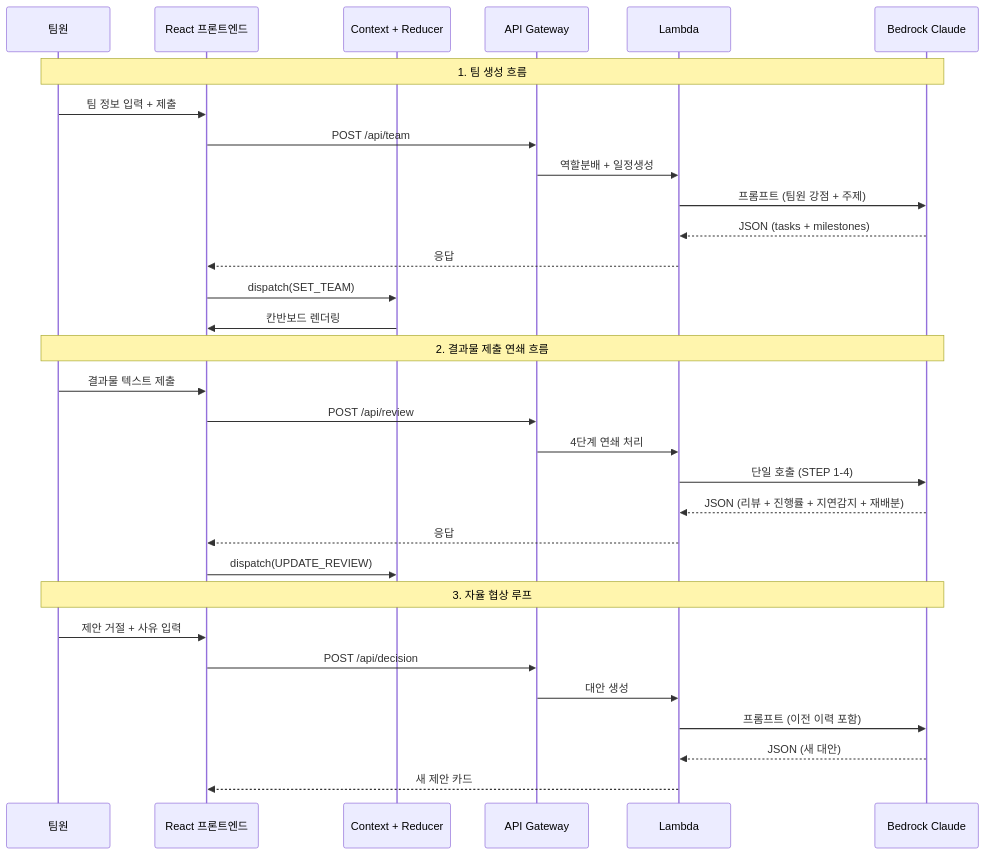
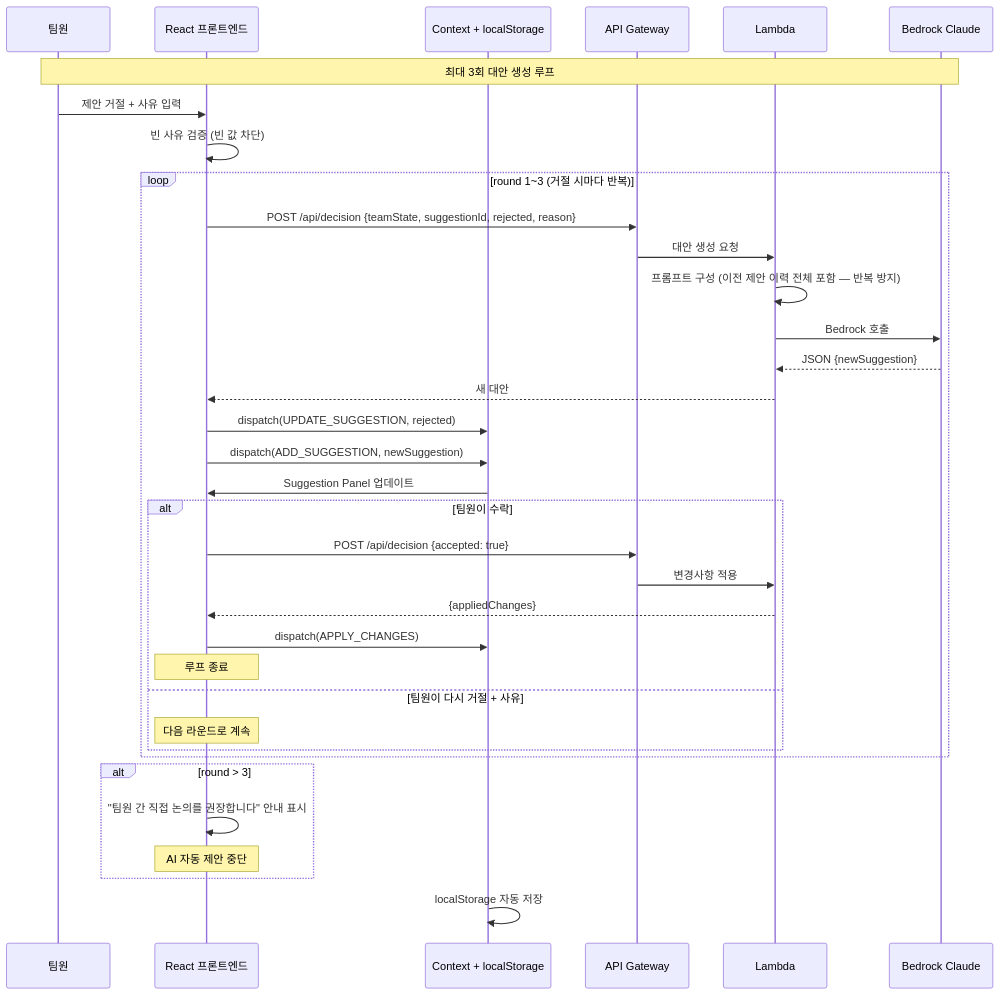
One commit to leeysuu/AI_PM_Agent changed the seventh of 9 diagrams in .kiro/specs/agentic-pm-service/design.md. Above: the diagram before and after it, drawn with Mermaid. The commit also changed other lines of this file and 2 other files, not shown here.

````diff
--- a/.kiro/specs/agentic-pm-service/design.md
+++ b/.kiro/specs/agentic-pm-service/design.md
@@ -69,36 +246,43 @@
 ```mermaid
 sequenceDiagram
     participant U as 팀원
     participant FE as React 프론트엔드
-    participant CTX as Context + Reducer
+    participant CTX as Context + localStorage
     participant API as API Gateway
     participant LM as Lambda
     participant BR as Bedrock Claude
 
-    Note over U,BR: 1. 팀 생성 흐름
-    U->>FE: 팀 정보 입력 + 제출
-    FE->>API: POST /api/team
-    API->>LM: 역할분배 + 일정생성
-    LM->>BR: 프롬프트 (팀원 강점 + 주제)
-    BR-->>LM: JSON (tasks + milestones)
-    LM-->>FE: 응답
-    FE->>CTX: dispatch(SET_TEAM)
-    CTX->>FE: 칸반보드 렌더링
+    Note over U,BR: 최대 3회 대안 생성 루프
+    U->>FE: 제안 거절 + 사유 입력
+    FE->>FE: 빈 사유 검증 (빈 값 차단)
 
-    Note over U,BR: 2. 결과물 제출 연쇄 흐름
-    U->>FE: 결과물 텍스트 제출
-    FE->>API: POST /api/review
-    API->>LM: 4단계 연쇄 처리
-    LM->>BR: 단일 호출 (STEP 1-4)
-    BR-->>LM: JSON (리뷰 + 진행률 + 지연감지 + 재배분)
-    LM-->>FE: 응답
-    FE->>CTX: dispatch(UPDATE_REVIEW)
+    loop round 1~3 (거절 시마다 반복)
+        FE->>API: POST /api/decision {teamState, suggestionId, rejected, reason}
+        API->>LM: 대안 생성 요청
+        LM->>LM: 프롬프트 구성 (이전 제안 이력 전체 포함 — 반복 방지)
+        LM->>BR: Bedrock 호출
+        BR-->>LM: JSON {newSuggestion}
+        LM-->>FE: 새 대안
 
-    Note over U,BR: 3. 자율 협상 루프
-    U->>FE: 제안 거절 + 사유 입력
-    FE->>API: POST /api/decision
-    API->>LM: 대안 생성
-    LM->>BR: 프롬프트 (이전 이력 포함)
-    BR-->>LM: JSON (새 대안)
-    LM-->>FE: 새 제안 카드
+        FE->>CTX: dispatch(UPDATE_SUGGESTION, rejected)
+        FE->>CTX: dispatch(ADD_SUGGESTION, newSuggestion)
+        CTX->>FE: Suggestion Panel 업데이트
+
+        alt 팀원이 수락
+            FE->>API: POST /api/decision {accepted: true}
+            API->>LM: 변경사항 적용
+            LM-->>FE: {appliedChanges}
+            FE->>CTX: dispatch(APPLY_CHANGES)
+            Note over FE: 루프 종료
+        else 팀원이 다시 거절 + 사유
+            Note over FE: 다음 라운드로 계속
+        end
+    end
+
+    alt round > 3
+        FE->>FE: "팀원 간 직접 논의를 권장합니다" 안내 표시
+        Note over FE: AI 자동 제안 중단
+    end
+
+    CTX->>CTX: localStorage 자동 저장
 ```
````
